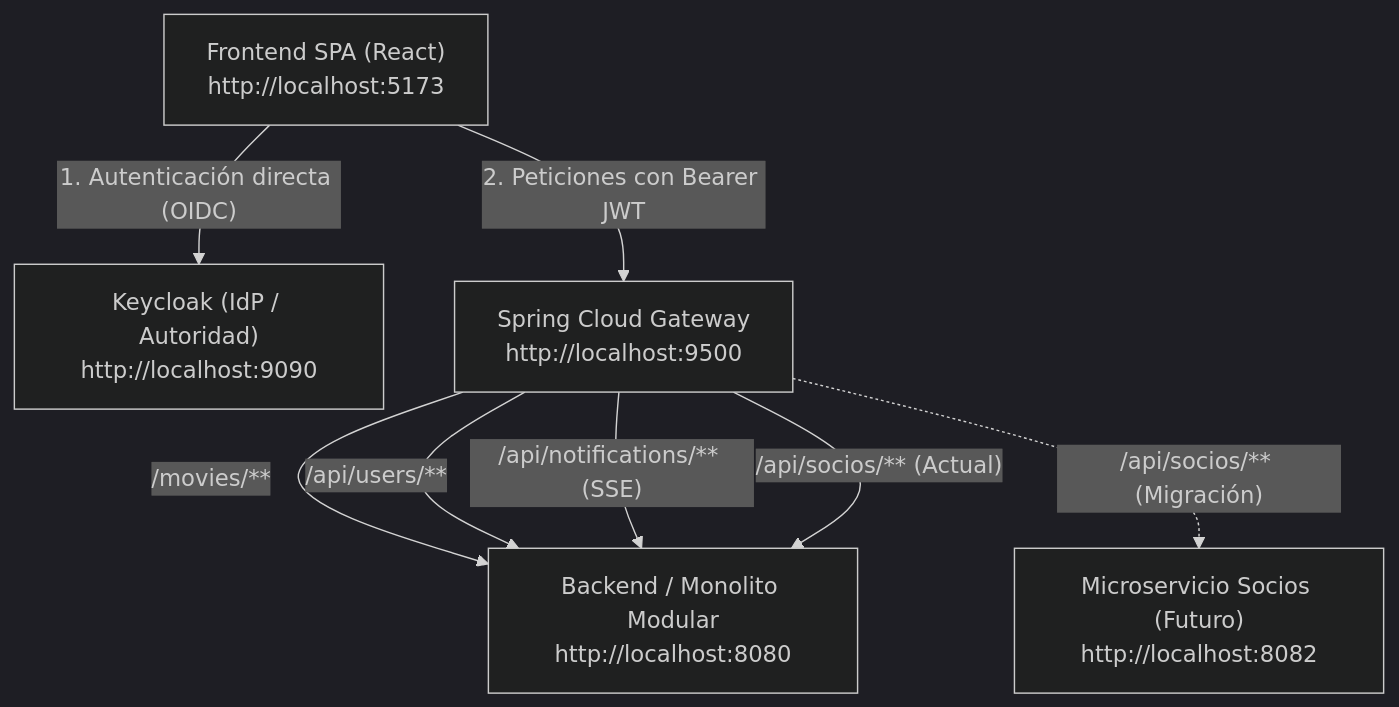
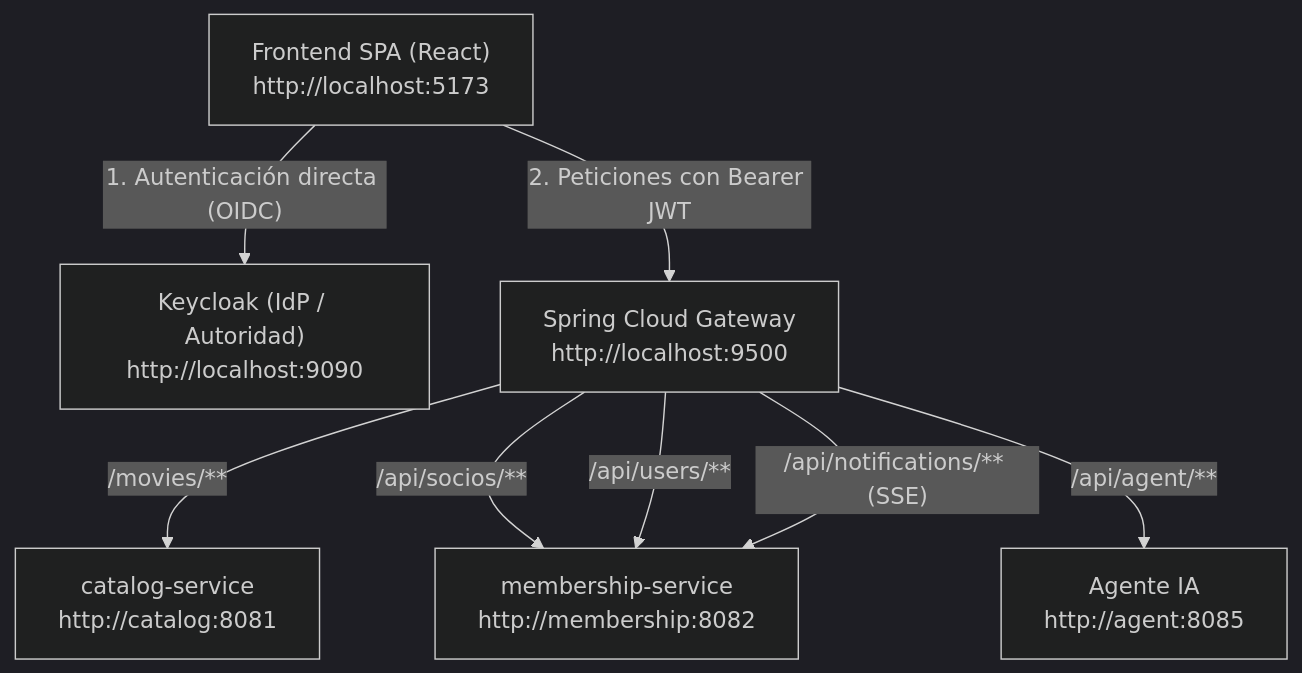
Before and after one commit to hmunoz/springboot-sso: the first of 2 diagrams in docs/api-gateway.md, drawn with Mermaid (dark theme). The commit also changed other lines of this file and 7 other files, not shown here.

Commit message:
docs: update Keycloak realm configuration and documentation for dual-service architecture

````diff
--- a/docs/api-gateway.md
+++ b/docs/api-gateway.md
@@ -11,16 +11,17 @@
 ```mermaid
 flowchart TD
     SPA["Frontend SPA (React)<br/>http://localhost:5173"]
     KC["Keycloak (IdP / Autoridad)<br/>http://localhost:9090"]
     GW["Spring Cloud Gateway<br/>http://localhost:9500"]
-    BE["Backend / Monolito Modular<br/>http://localhost:8080"]
-    S_SOCIOS["Microservicio Socios (Futuro)<br/>http://localhost:8082"]
+    CAT["catalog-service<br/>http://catalog:8081"]
+    MEM["membership-service<br/>http://membership:8082"]
+    AG["Agente IA<br/>http://agent:8085"]
 
     SPA -- "1. Autenticación directa (OIDC)" --> KC
     SPA -- "2. Peticiones con Bearer JWT" --> GW
-    GW -- "/movies/**" --> BE
-    GW -- "/api/users/**" --> BE
-    GW -- "/api/notifications/** (SSE)" --> BE
-    GW -. "/api/socios/** (Migración)" .-> S_SOCIOS
-    GW -- "/api/socios/** (Actual)" --> BE
+    GW -- "/movies/**" --> CAT
+    GW -- "/api/socios/**" --> MEM
+    GW -- "/api/users/**" --> MEM
+    GW -- "/api/notifications/** (SSE)" --> MEM
+    GW -- "/api/agent/**" --> AG
 ```
````
